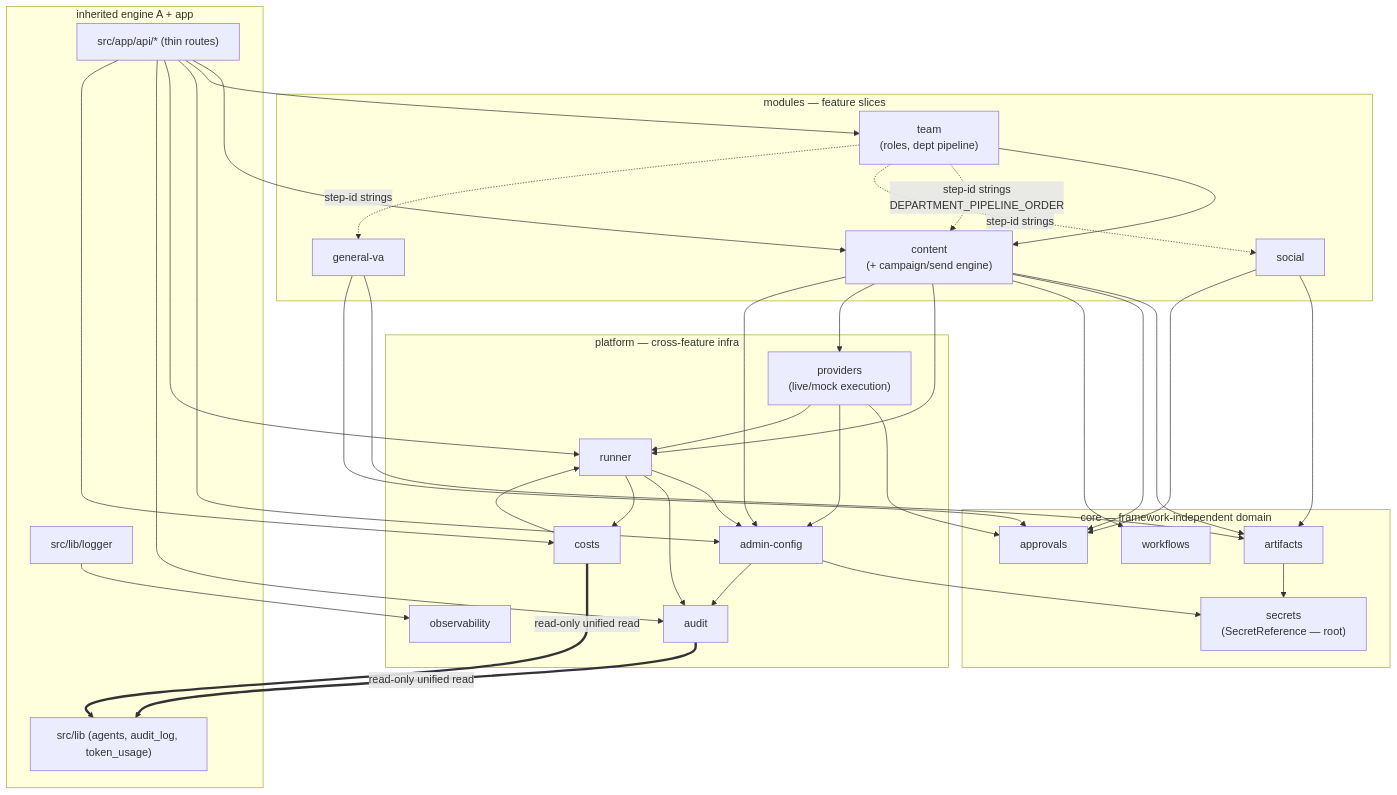
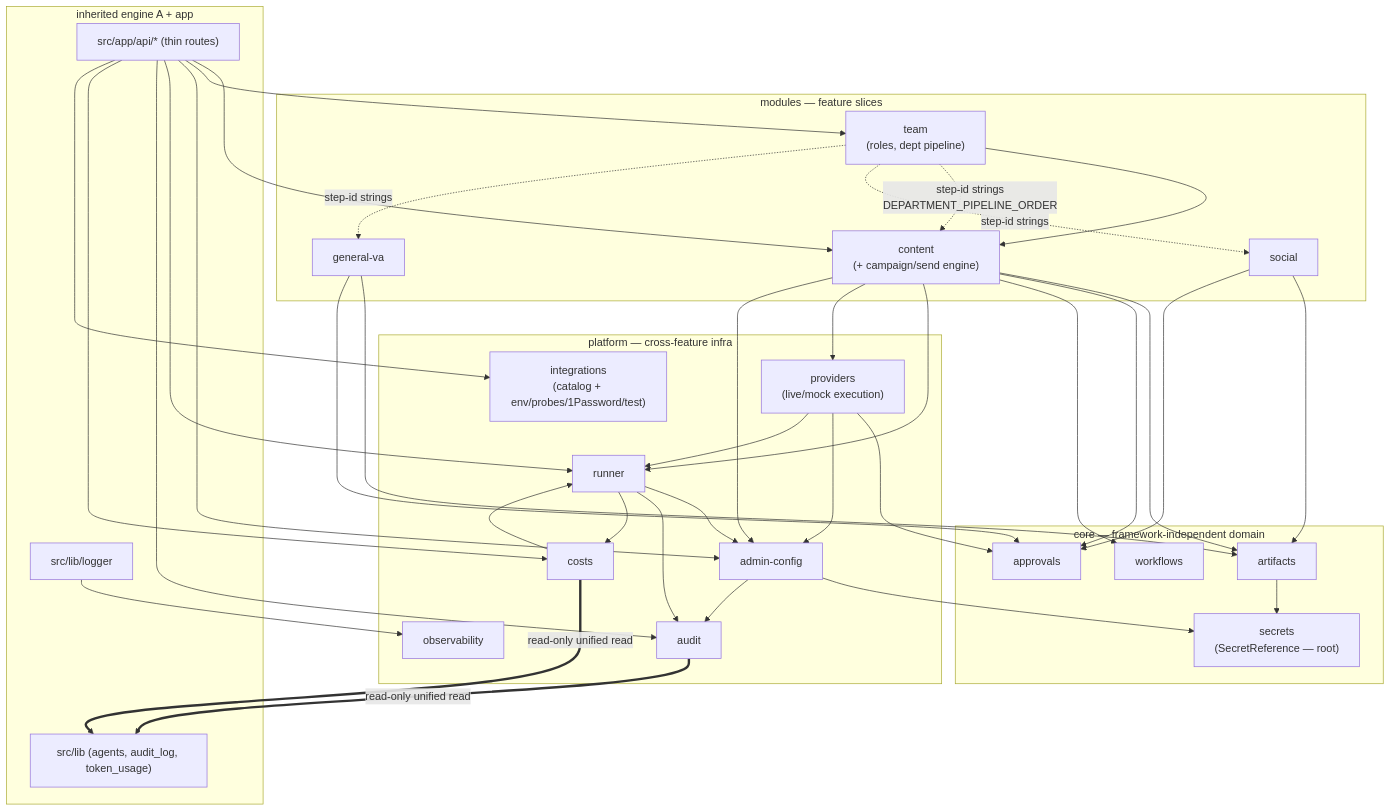
Before and after one commit to anthonykewl20/opzava: the first of 2 diagrams in docs/architecture/dependency-graph.md, drawn with Mermaid. The commit also changed 2 other files, not shown here.

First paragraph of the commit message:
test(integrations)+docs: close audit gaps — non-JSON fetch test, characterization edges, dep-graph node (#61 audit)
Addresses findings from a post-ship completeness audit (fan-out subagents):

````diff
--- a/docs/architecture/dependency-graph.md
+++ b/docs/architecture/dependency-graph.md
@@ -14,61 +14,62 @@
 ```mermaid
 graph TD
   subgraph core["core — framework-independent domain"]
     secrets["secrets<br/>(SecretReference — root)"]
     artifacts["artifacts"]
     approvals["approvals"]
     workflows["workflows"]
   end
 
   subgraph modules["modules — feature slices"]
     content["content<br/>(+ campaign/send engine)"]
     team["team<br/>(roles, dept pipeline)"]
     social["social"]
     gva["general-va"]
   end
 
   subgraph platform["platform — cross-feature infra"]
     admin["admin-config"]
     runner["runner"]
     providers["providers<br/>(live/mock execution)"]
     audit["audit"]
     costs["costs"]
     obs["observability"]
+    integrations["integrations<br/>(catalog + env/probes/1Password/test)"]
   end
 
   subgraph inherited["inherited engine A + app"]
     routes["src/app/api/* (thin routes)"]
     lib["src/lib (agents, audit_log, token_usage)"]
     logger["src/lib/logger"]
   end
 
   %% core internal
   artifacts --> secrets
   %% modules -> core (Dependency Rule: inward)
   content --> artifacts & approvals & workflows
   social --> artifacts & approvals
   gva --> artifacts & approvals
   %% modules -> platform (approved interfaces) — content only
   content --> runner & providers & admin
   %% the single cross-module import edge (via content public barrel; see ARD 0010)
   team --> content
   %% sanctioned platform -> core edge
   providers --> approvals
   admin --> secrets
   %% platform internal
   runner --> admin
   runner --> audit & costs
   providers --> admin & runner
   admin --> audit
   costs --> runner
   %% app / inherited edges
-  routes --> content & team & admin & runner & audit & costs
+  routes --> content & team & admin & runner & audit & costs & integrations
   logger --> obs
 
   %% NON-import couplings
   team -.->|"step-id strings<br/>DEPARTMENT_PIPELINE_ORDER"| content
   team -.->|"step-id strings"| social
   team -.->|"step-id strings"| gva
   audit ==>|"read-only unified read"| lib
   costs ==>|"read-only unified read"| lib
 ```
````
